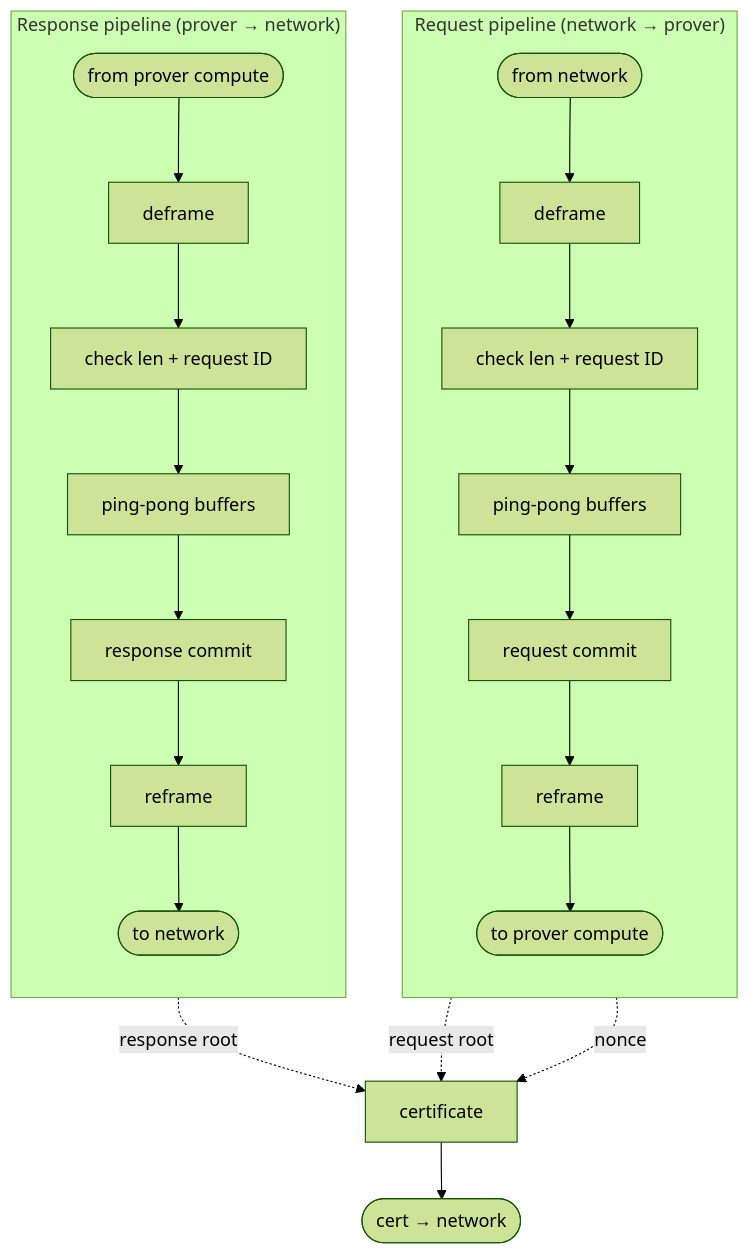
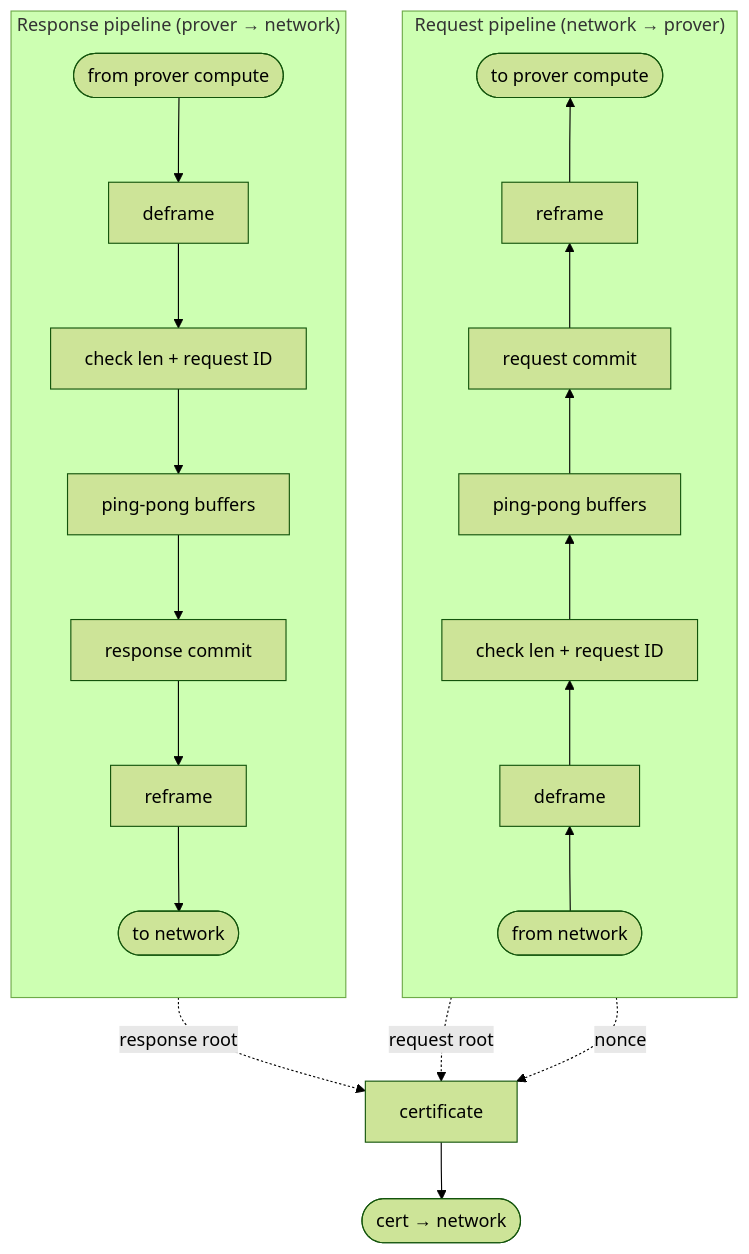
The diagram in docs/certificate-protocol.md (JamesPetrie/interlock), drawn with Mermaid (forest theme) before and after one commit. The commit also changed other lines of this file, not shown here.

````diff
--- a/docs/certificate-protocol.md
+++ b/docs/certificate-protocol.md
@@ -223,17 +223,17 @@
 ```mermaid
 flowchart TB
     subgraph REQ["Request pipeline (network → prover)"]
-      direction TB
+      direction BT
       qi(["from network"]) --> qd["deframe"] --> qk["check len + request ID"] --> qp["ping-pong buffers"] --> qc["request commit"] --> qr["reframe"] --> qo(["to prover compute"])
     end
 
     subgraph RSP["Response pipeline (prover → network)"]
       direction TB
       ri(["from prover compute"]) --> rd["deframe"] --> rk["check len + request ID"] --> rp["ping-pong buffers"] --> rc["response commit"] --> rr["reframe"] --> ro(["to network"])
     end
 
     CERT["certificate"] --> co(["cert → network"])
     rc -. response root .-> CERT
     qc -. request root .-> CERT
     qk -. nonce .-> CERT
 ```
````
